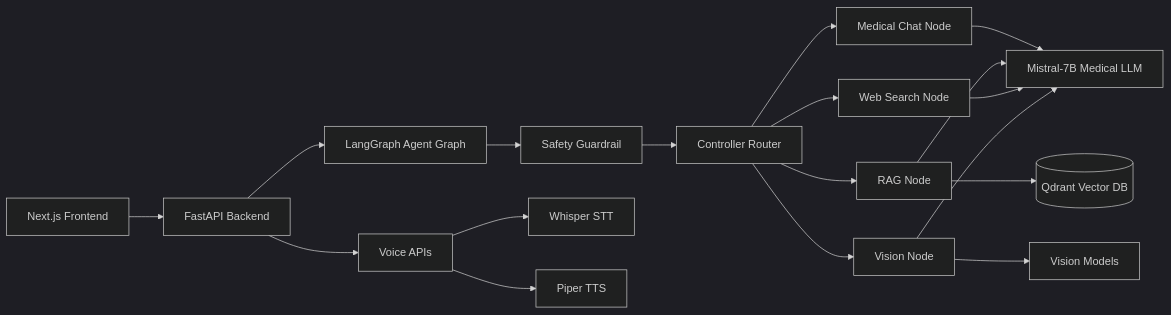
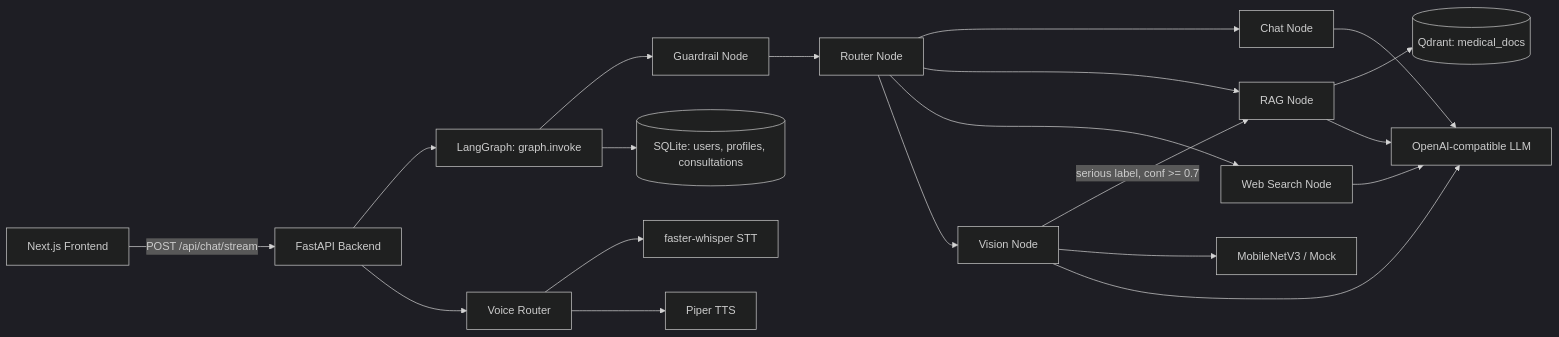
Before and after one commit to MuhammadHamzaSajjad274/MedOrch-AI-Medical-Decision-Support-System: the diagram in README.md, drawn with Mermaid (dark theme). The commit also changed other lines of this file, not shown here.

````diff
--- a/README.md
+++ b/README.md
@@ -35,24 +37,27 @@
 ```mermaid
 flowchart LR
-    UI[Next.js Frontend] --> API[FastAPI Backend]
-    API --> Graph[LangGraph Agent Graph]
+    UI[Next.js Frontend] -->|POST /api/chat/stream| API[FastAPI Backend]
+    API --> Graph[LangGraph: graph.invoke]
 
-    Graph --> Guardrail[Safety Guardrail]
-    Guardrail --> Router[Controller Router]
+    Graph --> Guardrail[Guardrail Node]
+    Guardrail --> Router[Router Node]
 
-    Router --> Chat[Medical Chat Node]
+    Router --> Chat[Chat Node]
     Router --> RAG[RAG Node]
     Router --> Web[Web Search Node]
     Router --> Vision[Vision Node]
 
-    RAG --> Qdrant[(Qdrant Vector DB)]
-    Vision --> Models[Vision Models]
-    Chat --> LLM[Mistral-7B Medical LLM]
+    Vision -->|serious label, conf >= 0.7| RAG
+    RAG --> Qdrant[(Qdrant: medical_docs)]
+    Vision --> VisionModels[MobileNetV3 / Mock]
+    Chat --> LLM[OpenAI-compatible LLM]
     RAG --> LLM
     Web --> LLM
     Vision --> LLM
 
-    API --> Voice[Voice APIs]
-    Voice --> Whisper[Whisper STT]
+    API --> Voice[Voice Router]
+    Voice --> Whisper[faster-whisper STT]
     Voice --> Piper[Piper TTS]
+
+    Graph --> DB[(SQLite: users, profiles, consultations)]
 ```
````
